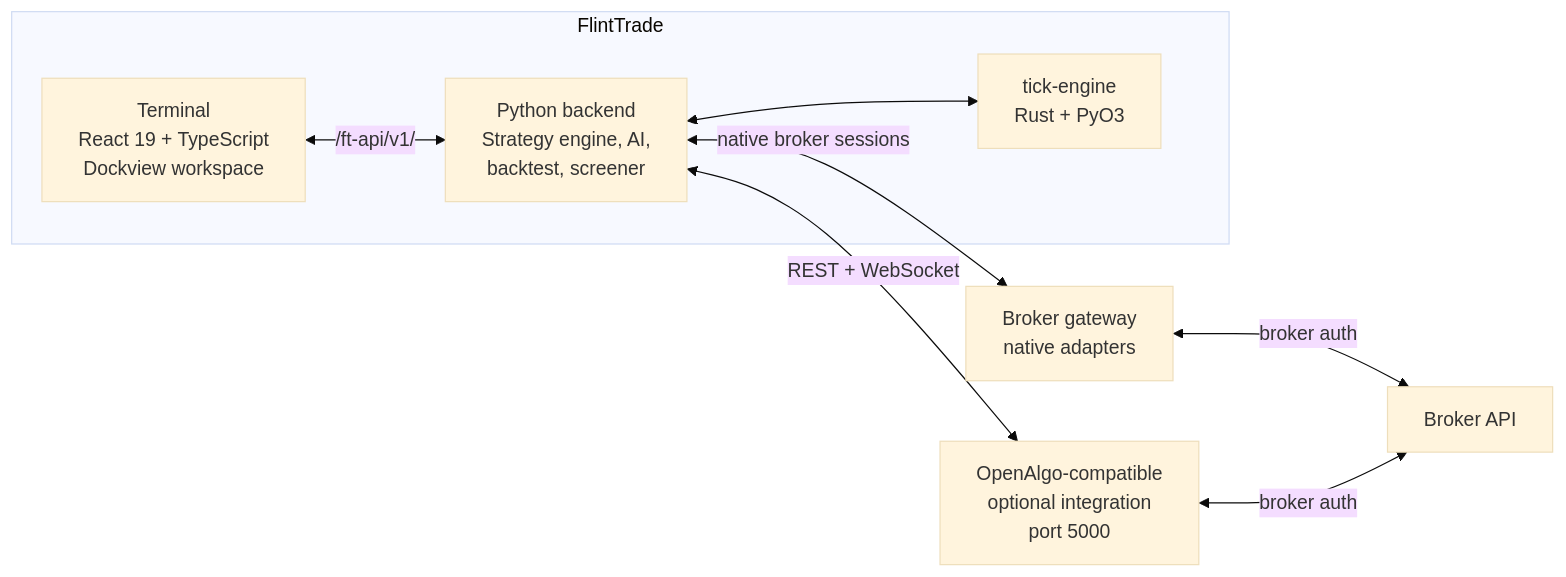
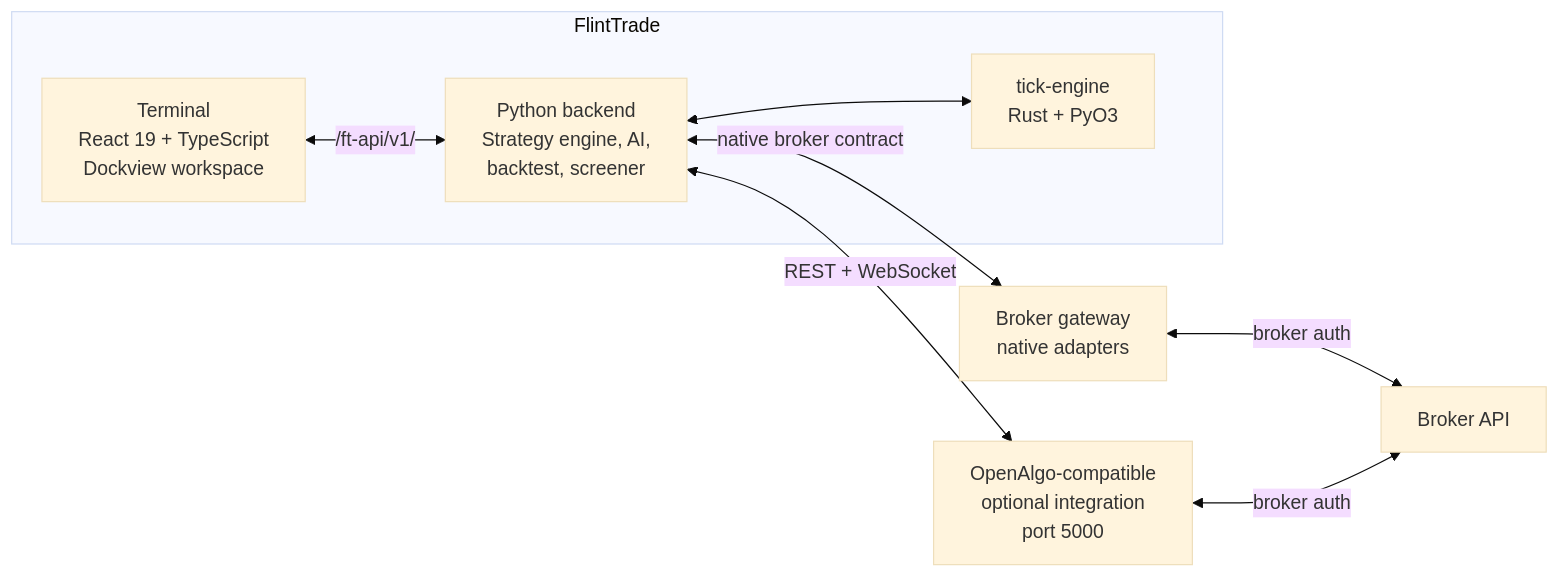
One commit to navaneeshnagarajan/FlintTrade changed the diagram in readme.md. Above: the diagram before and after it, drawn with Mermaid (base theme). The commit also changed other lines of this file and 242 other files, not shown here.

````diff
--- a/readme.md
+++ b/readme.md
@@ -69,19 +69,19 @@
 ```mermaid
 flowchart LR
     subgraph FT["FlintTrade"]
         UI["Terminal<br/>React 19 + TypeScript<br/>Dockview workspace"]
         BE["Python backend<br/>Strategy engine, AI,<br/>backtest, screener"]
         TE["tick-engine<br/>Rust + PyO3"]
         UI <-->|"/ft-api/v1/"| BE
         BE <--> TE
     end
 
     BG["Broker gateway<br/>native adapters"]
     OA["OpenAlgo-compatible<br/>optional integration<br/>port 5000"]
     BR["Broker API"]
 
-    BE <-->|"native broker sessions"| BG
+    BE <-->|"native broker contract"| BG
     BE <-->|"REST + WebSocket"| OA
     BG <-->|"broker auth"| BR
     OA <-->|"broker auth"| BR
 ```
````
